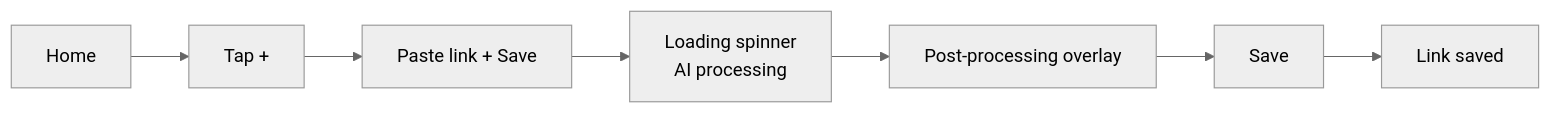
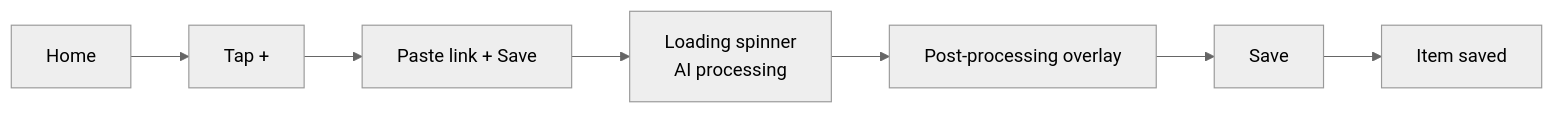
One commit to ansharora1810/shelf changed the third of 4 diagrams in .claude/prd/PRD.md. Above: the diagram before and after it, drawn with Mermaid (neutral theme). The commit also changed other lines of this file, not shown here.

````diff
--- a/.claude/prd/PRD.md
+++ b/.claude/prd/PRD.md
@@ -308,9 +349,9 @@
 ```mermaid
 flowchart LR
   A[Home] --> B[Tap +]
   B --> C[Paste link + Save]
   C --> D[Loading spinner\nAI processing]
   D --> E[Post-processing overlay]
   E --> F[Save]
-  F --> G[Link saved]
+  F --> G[Item saved]
 ```
````
